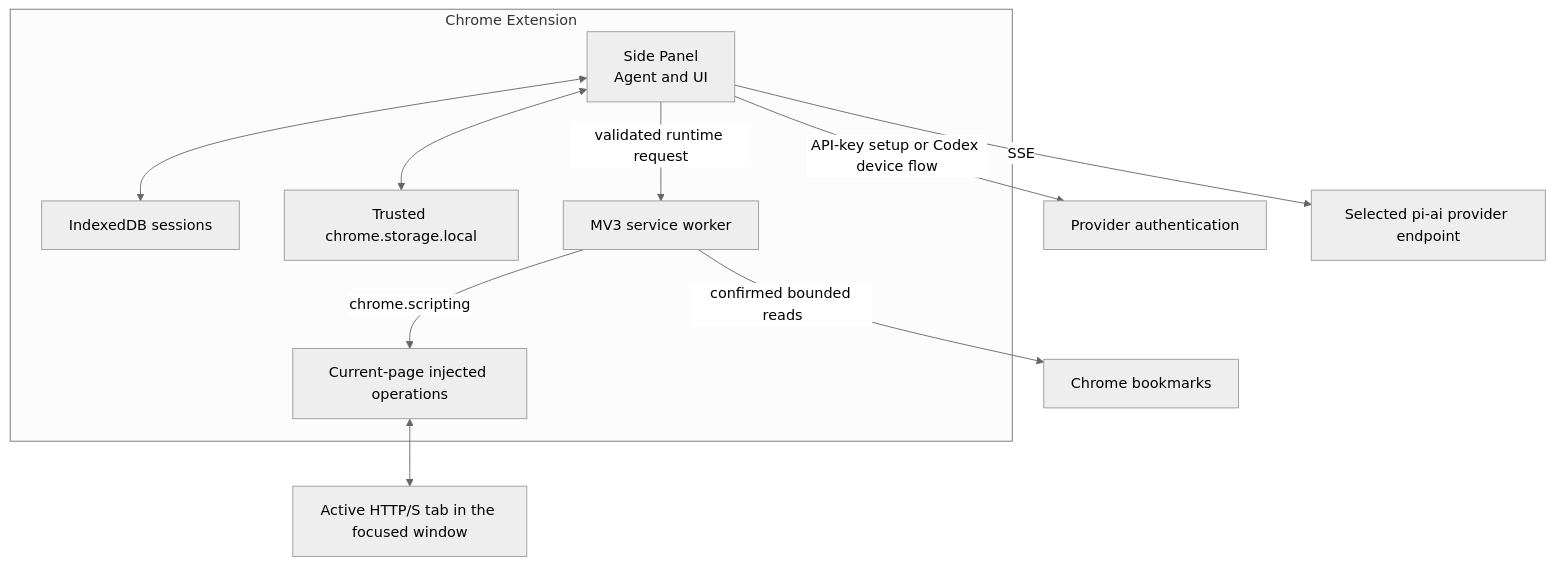
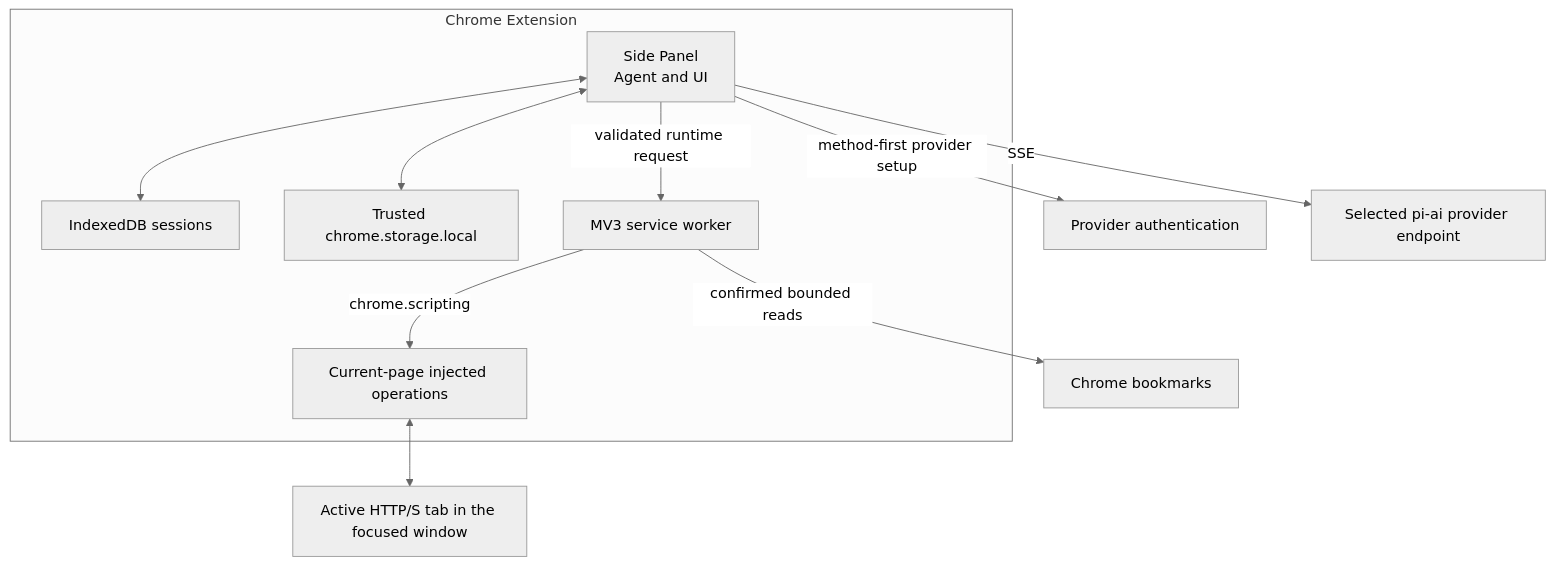
Before and after one commit to narumiruna/pi-browser-agent: the diagram in docs/architecture.md, drawn with Mermaid (neutral theme). The commit also changed other lines of this file and 11 other files, not shown here.

Commit message:
feat(auth): add method-first provider login

````diff
--- a/docs/architecture.md
+++ b/docs/architecture.md
@@ -5,23 +5,23 @@
 ```mermaid
 flowchart TB
   subgraph Chrome Extension
     Panel[Side Panel\nAgent and UI]
     Store[IndexedDB sessions]
     Credentials[Trusted chrome.storage.local]
     Worker[MV3 service worker]
     Injection[Current-page injected operations]
   end
   Auth[Provider authentication]
   Models[Selected pi-ai provider endpoint]
   Page[Active HTTP/S tab in the focused window]
   Bookmarks[Chrome bookmarks]
 
-  Panel -->|API-key setup or Codex device flow| Auth
+  Panel -->|method-first provider setup| Auth
   Panel -->|SSE| Models
   Panel <--> Store
   Panel <--> Credentials
   Panel -->|validated runtime request| Worker
   Worker -->|chrome.scripting| Injection
   Injection <--> Page
   Worker -->|confirmed bounded reads| Bookmarks
 ```
````
